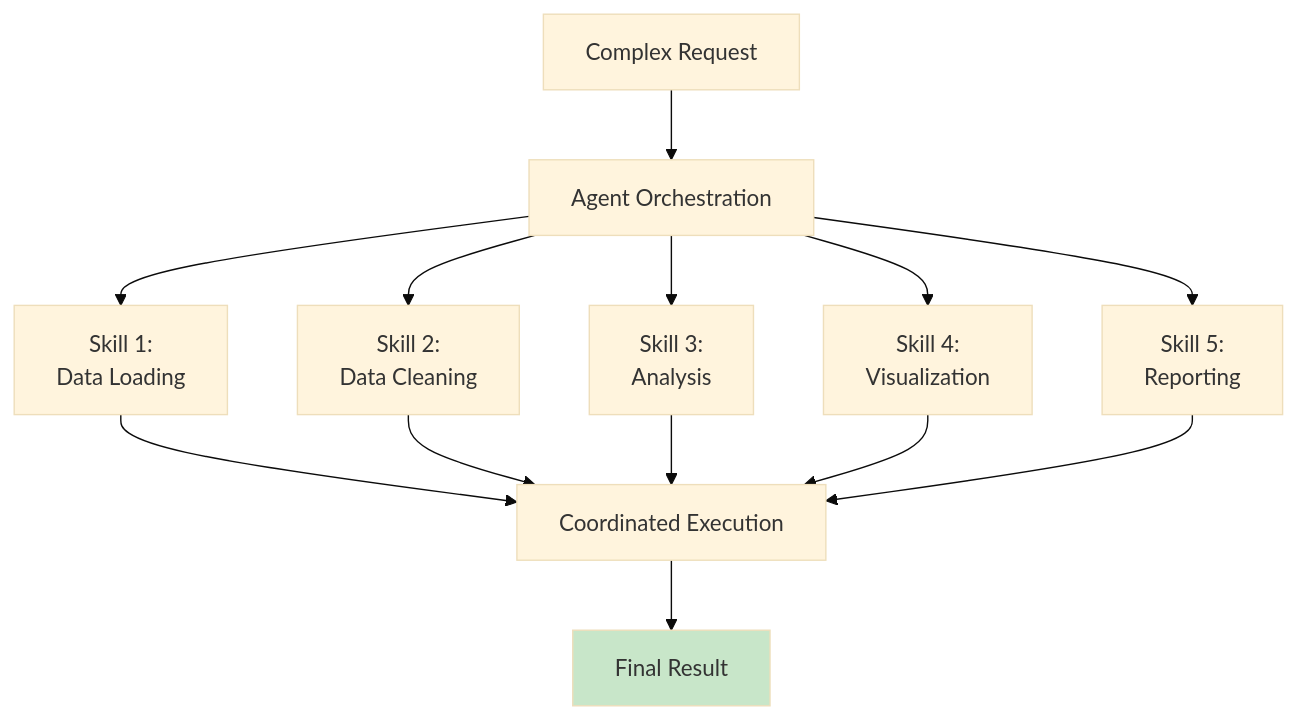
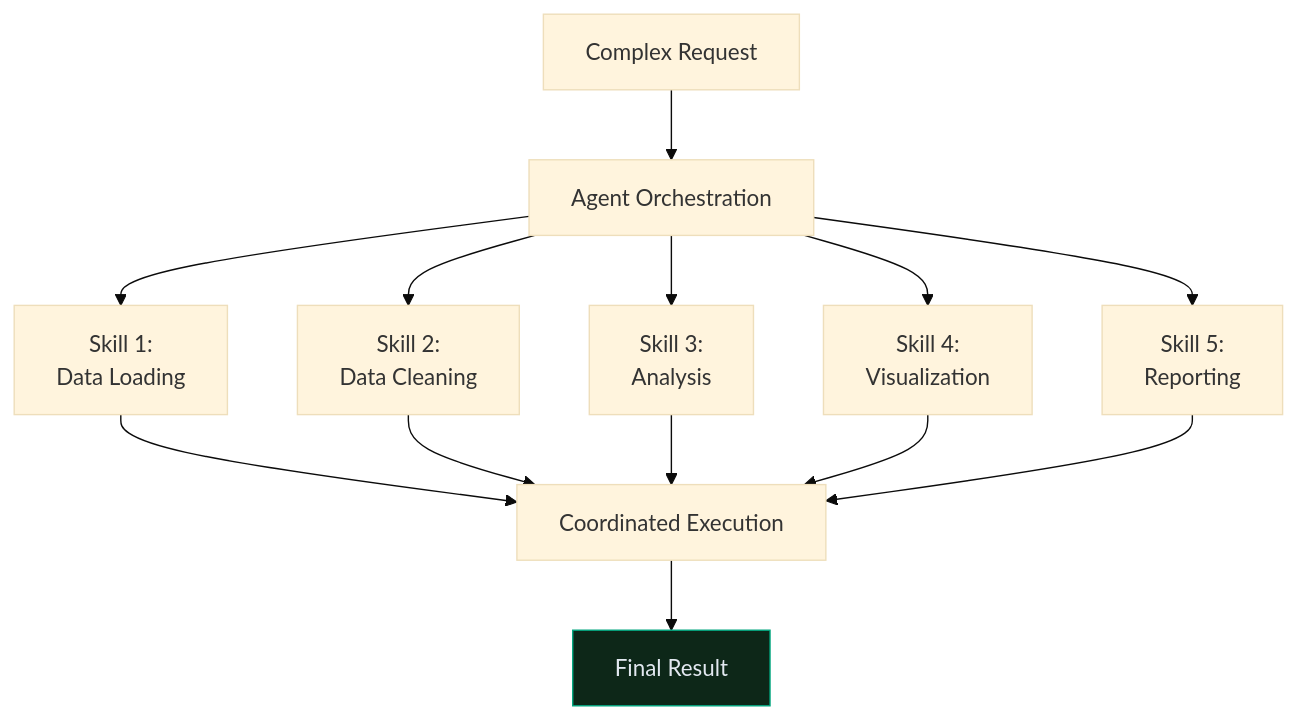
The second of 2 diagrams in docs/07_Agent-Skills.md (CagriCatik/claude-ollama-coder), drawn with Mermaid (base theme) before and after one commit. The commit also changed other lines of this file and 16 other files, not shown here.

````diff
--- a/docs/07_Agent-Skills.md
+++ b/docs/07_Agent-Skills.md
@@ -276,20 +276,20 @@
 ```mermaid
 graph TB
     A["Complex Request"] --> B["Agent Orchestration"]
     
     B --> C["Skill 1:<br/>Data Loading"]
     B --> D["Skill 2:<br/>Data Cleaning"]
     B --> E["Skill 3:<br/>Analysis"]
     B --> F["Skill 4:<br/>Visualization"]
     B --> G["Skill 5:<br/>Reporting"]
     
     C --> H["Coordinated Execution"]
     D --> H
     E --> H
     F --> H
     G --> H
     
     H --> I["Final Result"]
     
-    style I fill:#c8e6c9
+    style I fill:#0d2718,stroke:#00a67e,color:#e2e8f0
 ```
````
